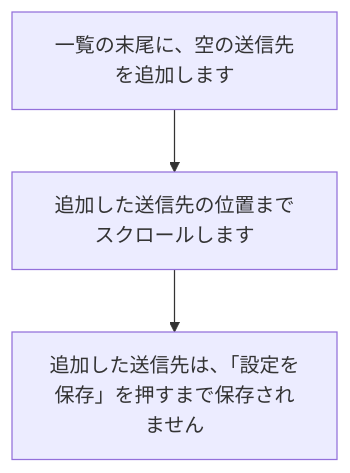
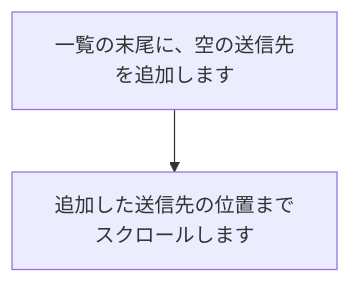
One commit to nishida2073/project_management changed the sixth of 34 diagrams in tool/smstokintone/doc/02_設計/処理フロー.md. Above: the diagram before and after it, drawn with Mermaid. The commit also changed other lines of this file and 5 other files, not shown here.

````diff
--- a/tool/smstokintone/doc/02_設計/処理フロー.md
+++ b/tool/smstokintone/doc/02_設計/処理フロー.md
@@ -106,5 +107,4 @@
 ```mermaid
 flowchart TD
   A["一覧の末尾に、空の送信先を追加します"] --> B["追加した送信先の位置までスクロールします"]
-  B --> C["追加した送信先は、「設定を保存」を押すまで保存されません"]
 ```
````
